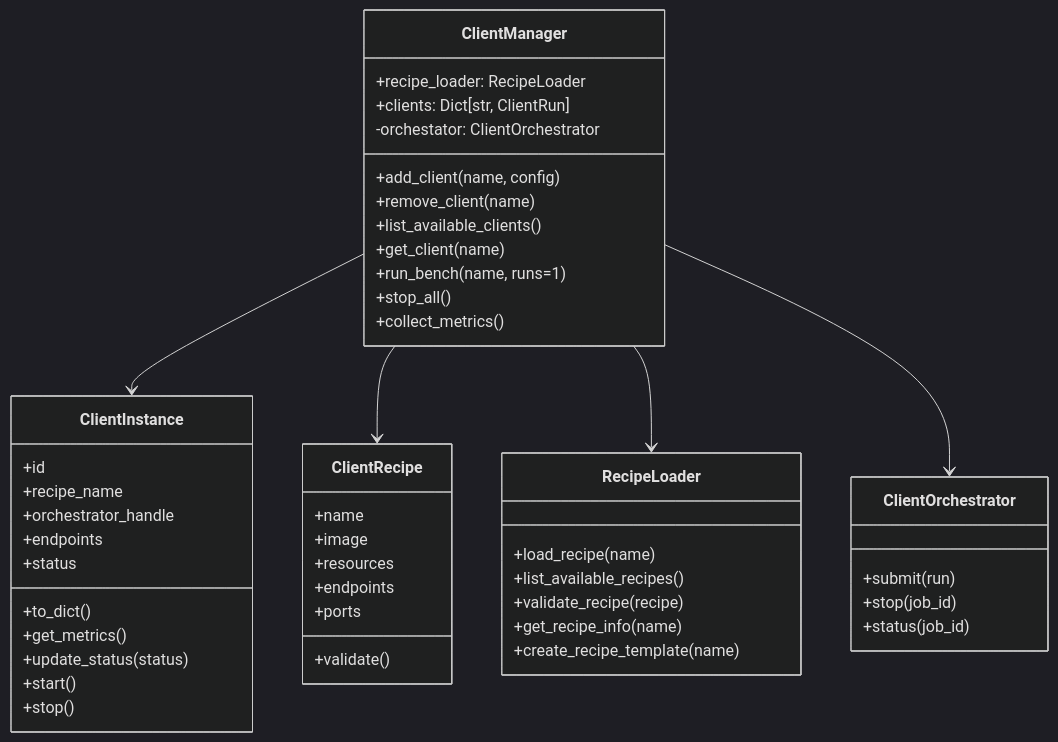
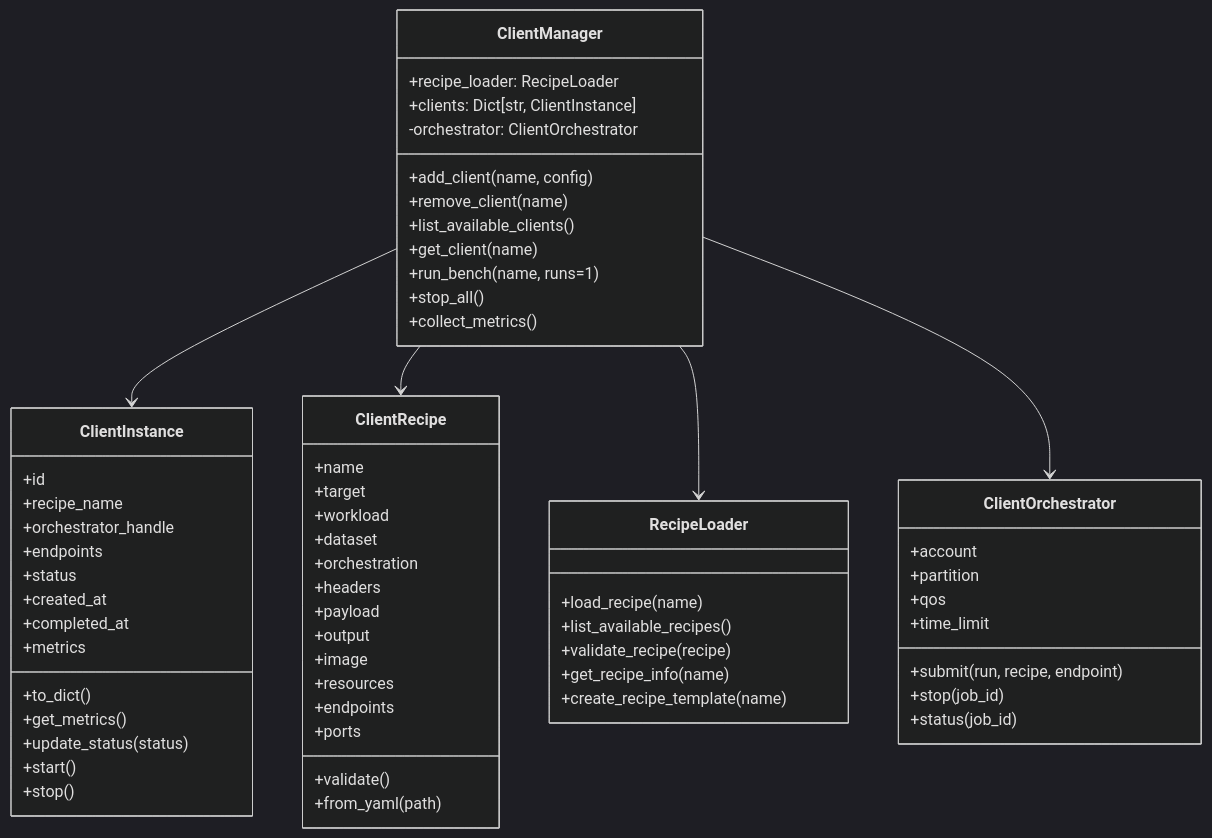
Before and after one commit to edolea/Team3_EUMASTER4HPC2526: the diagram in docs/diagrams/client_module.mmd, drawn with Mermaid (dark theme). The commit also changed 7 other files, not shown here.

```diff
--- a/docs/diagrams/client_module.mmd
+++ b/docs/diagrams/client_module.mmd
@@ -1,50 +1,65 @@
 %% ClientModule mermaid class diagram
 classDiagram
     class ClientManager {
         +recipe_loader: RecipeLoader
-        +clients: Dict[str, ClientRun]
-        -orchestator: ClientOrchestrator
+        +clients: Dict[str, ClientInstance]
+        -orchestrator: ClientOrchestrator
         +add_client(name, config)
         +remove_client(name)
         +list_available_clients()
         +get_client(name)
         +run_bench(name, runs=1)
         +stop_all()
         +collect_metrics()
     }
     class RecipeLoader {
         +load_recipe(name)
         +list_available_recipes()
         +validate_recipe(recipe)
         +get_recipe_info(name)
         +create_recipe_template(name)
     }
     class ClientRecipe {
         +name
+        +target
+        +workload
+        +dataset
+        +orchestration
+        +headers
+        +payload
+        +output
         +image
         +resources
         +endpoints
         +ports
         +validate()
+        +from_yaml(path)
     }
     class ClientInstance {
         +id
         +recipe_name
         +orchestrator_handle
         +endpoints
         +status
+        +created_at
+        +completed_at
+        +metrics
         +to_dict()
         +get_metrics()
         +update_status(status)
         +start()
         +stop()
     }
     class ClientOrchestrator {
-        +submit(run)
+        +account
+        +partition
+        +qos
+        +time_limit
+        +submit(run, recipe, endpoint)
         +stop(job_id)
         +status(job_id)
     }
     ClientManager --> ClientInstance
     ClientManager --> ClientRecipe
     ClientManager --> RecipeLoader
     ClientManager --> ClientOrchestrator
```
